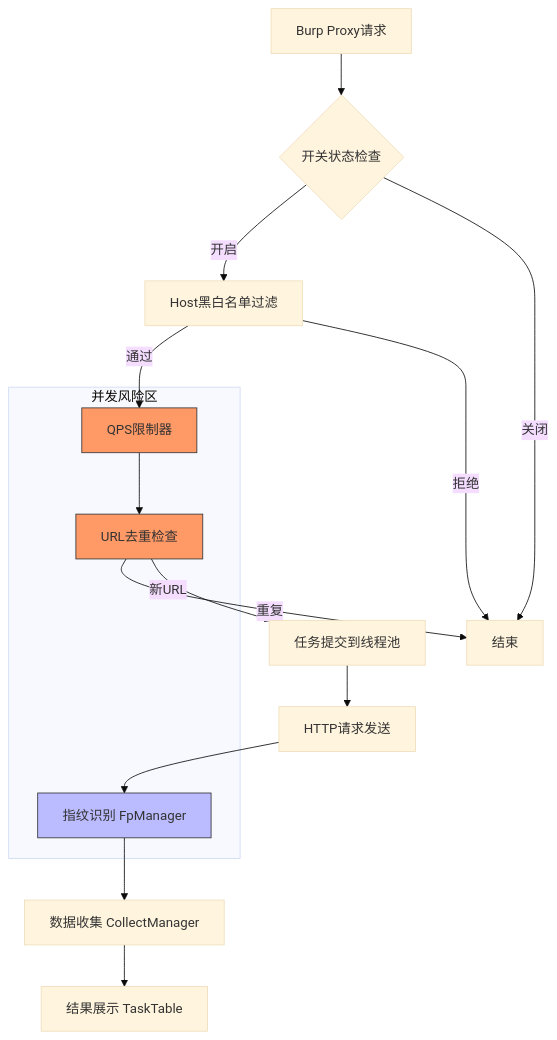
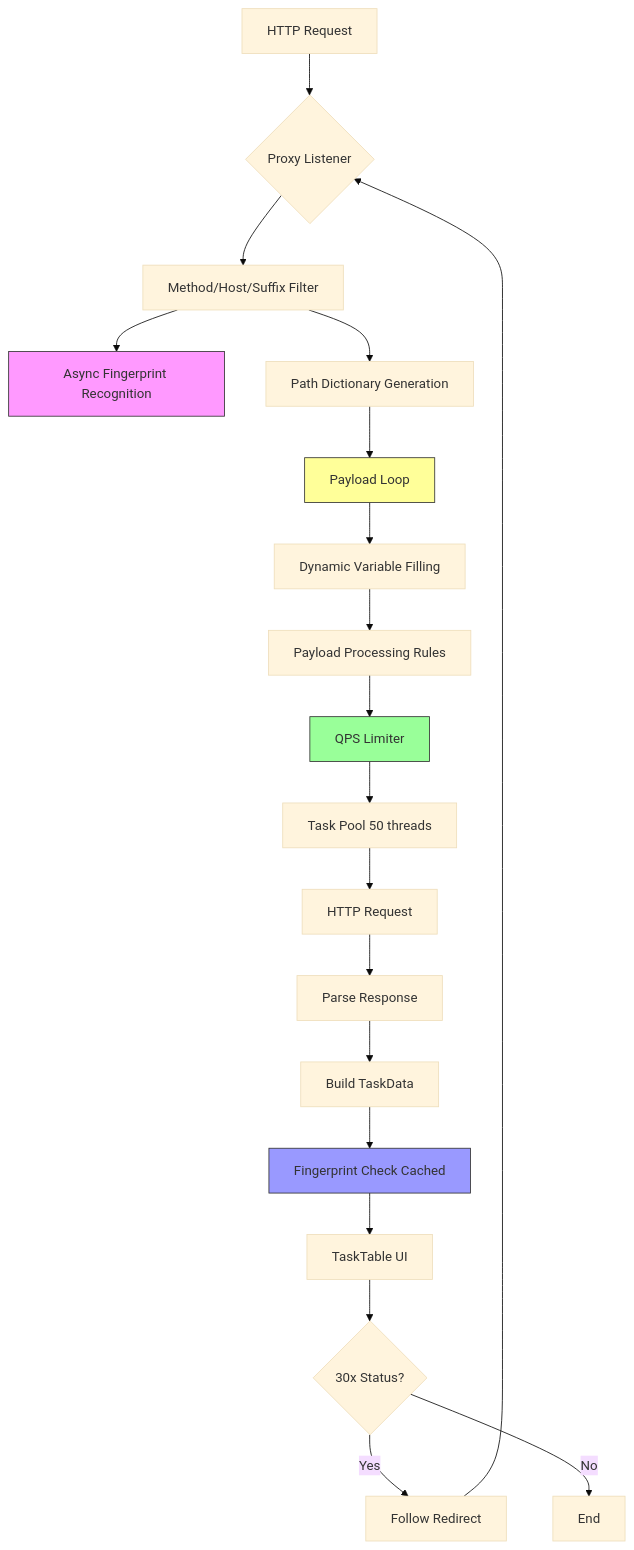
Before and after one commit to opsCoffee/Onescan: the diagram in .agent/code_review_report.md, drawn with Mermaid (base theme). The commit also changed other lines of this file, not shown here.

````diff
--- a/.agent/code_review_report.md
+++ b/.agent/code_review_report.md
@@ -873,25 +491,26 @@
 ```mermaid
 graph TB
-    A[Burp Proxy请求] --> B{开关状态检查}
-    B -->|开启| C[Host黑白名单过滤]
-    B -->|关闭| Z[结束]
-    C -->|通过| D[QPS限制器]
-    C -->|拒绝| Z
-    D --> E[URL去重检查]
-    E -->|重复| Z
-    E -->|新URL| F[任务提交到线程池]
-    F --> G[HTTP请求发送]
-    G --> H[指纹识别 FpManager]
-    H --> I[数据收集 CollectManager]
-    I --> J[结果展示 TaskTable]
+    A[HTTP Request] --> B{Proxy Listener}
+    B --> C[Method/Host/Suffix Filter]
+    C --> D[Async Fingerprint Recognition]
+    C --> E[Path Dictionary Generation]
+    E --> F[Payload Loop]
+    F --> G[Dynamic Variable Filling]
+    G --> H[Payload Processing Rules]
+    H --> I[QPS Limiter]
+    I --> J[Task Pool 50 threads]
+    J --> K[HTTP Request]
+    K --> L[Parse Response]
+    L --> M[Build TaskData]
+    M --> N[Fingerprint Check Cached]
+    N --> O[TaskTable UI]
+    O --> P{30x Status?}
+    P -->|Yes| Q[Follow Redirect]
+    Q --> B
+    P -->|No| R[End]
 
-    style D fill:#f96,stroke:#333
-    style E fill:#f96,stroke:#333
-    style H fill:#bbf,stroke:#333
-
-    subgraph 并发风险区
-        D
-        E
-        H
-    end
+    style D fill:#f9f,stroke:#333
+    style F fill:#ff9,stroke:#333
+    style I fill:#9f9,stroke:#333
+    style N fill:#99f,stroke:#333
 ```
````
